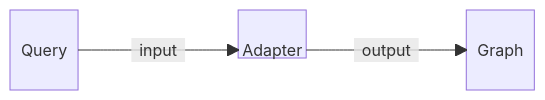
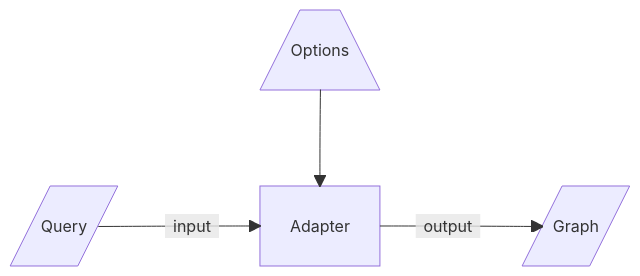
One commit to asimov-specs/asimov-specs changed the diagram in program-patterns/diagrams/adapter.mmd. Above: the diagram before and after it, drawn with Mermaid. The commit also changed 19 other files, not shown here.

Commit message:
Enhance the data flow diagrams.

```diff
--- a/program-patterns/diagrams/adapter.mmd
+++ b/program-patterns/diagrams/adapter.mmd
@@ -1,11 +1,19 @@
+---
+title: Data flow for adapters
+---
 block-beta
-    columns 7
-    Query space:2 Adapter space:2 Graph
-    Query-- "input" -->Adapter
-    Adapter-- "output" -->Graph
+  classDef block height:48px,padding:8px;
 
-    classDef block height:48px,padding:8px;
-    classDef hidden visibility:none;
-    class Adapter block
-    class Query hidden
-    class Graph hidden
+  columns 5
+  space:2 Options space:2
+  space:5
+  Input space Program space Output
+
+  Options --> Program
+  Input-- "input" -->Program
+  Program-- "output" -->Output
+
+  Options[/"Options"\]
+  Program["Adapter"]
+  Input[/"Query"/]
+  Output[/"Graph"/]
```
